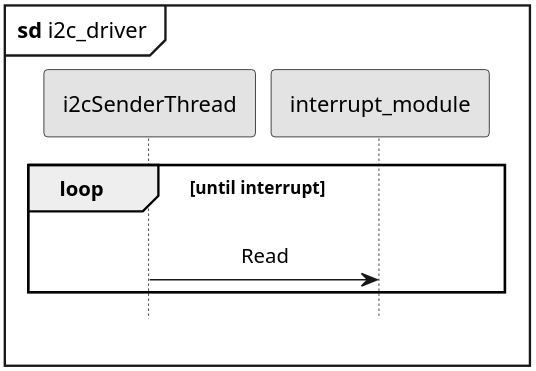
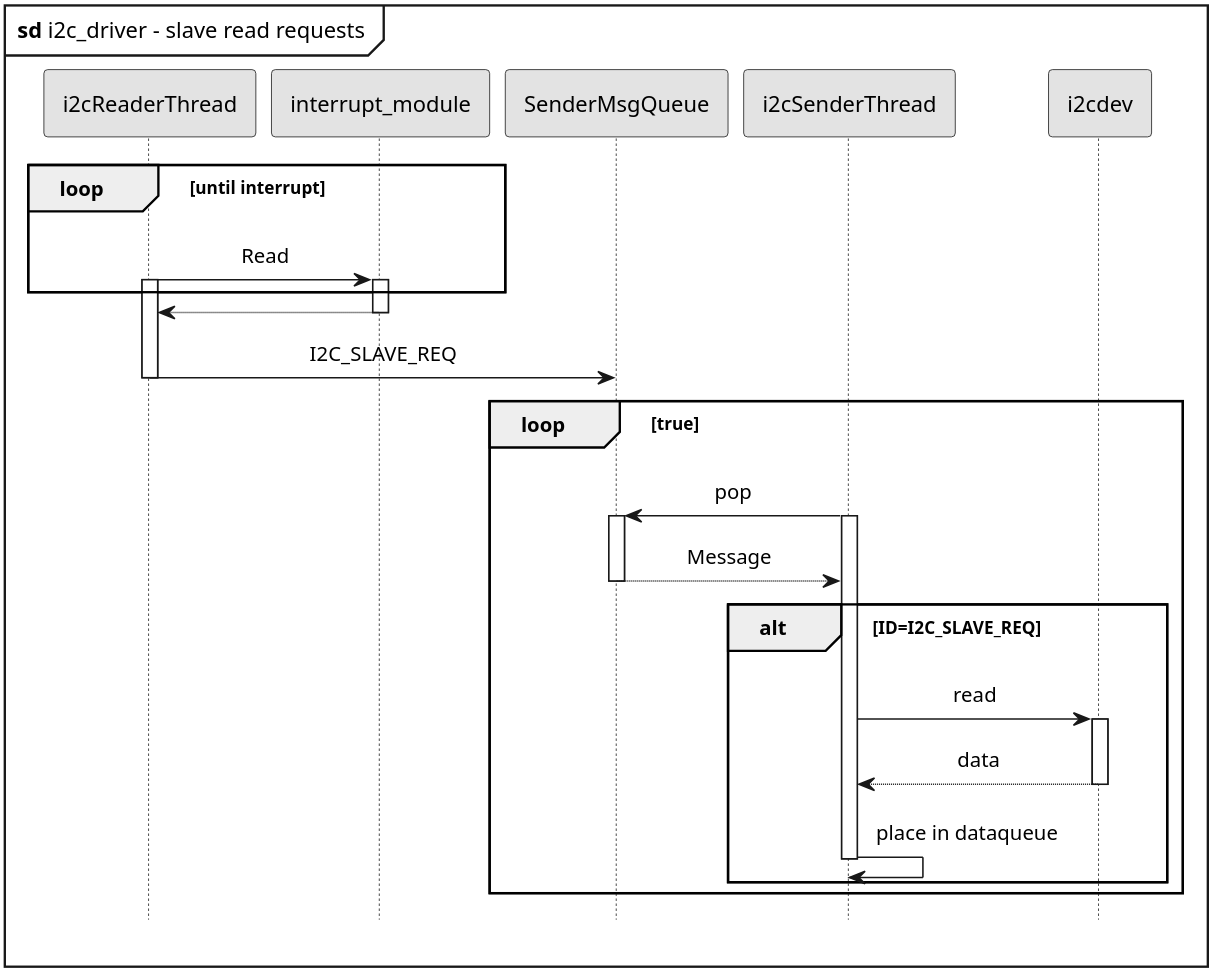
One commit to LasseKrarup/Laser-Tag-Project changed the diagram in PlantUML/src/i2c_sequence.plantuml. Above: the diagram before and after it, drawn with PlantUML.

Commit message:
Updated sequence diagram, i2cdriver

```diff
--- a/PlantUML/src/i2c_sequence.plantuml
+++ b/PlantUML/src/i2c_sequence.plantuml
@@ -1,29 +1,55 @@
 @startuml i2c_sequence
 
 hide footbox
 
 skinparam {
     monochrome true
     dpi 300
     padding 5
     sequenceMessageAlign center
     packageStyle frame
     shadowing false
     'backgroundColor transparent
     
 }
 
-mainframe **sd** i2c_driver
+mainframe **sd** i2c_driver - slave read requests
 
 ' participant RPiApp
 ' participant i2c_driver
 ' participant i2cSenderThread
 ' participant i2cReceiverThread
 ' participant interrupt_module
 
 loop until interrupt
-    i2cSenderThread -> interrupt_module : Read
+    i2cReaderThread -> interrupt_module : Read
+    activate i2cReaderThread
+    activate interrupt_module
 end
 
+interrupt_module --> i2cReaderThread
+deactivate interrupt_module
+
+i2cReaderThread -> SenderMsgQueue : I2C_SLAVE_REQ
+deactivate i2cReaderThread
+
+loop true
+    i2cSenderThread -> SenderMsgQueue : pop
+    activate i2cSenderThread
+    activate SenderMsgQueue
+    SenderMsgQueue --> i2cSenderThread : Message
+    deactivate SenderMsgQueue
+
+    alt ID=I2C_SLAVE_REQ
+        i2cSenderThread -> i2cdev : read
+        activate i2cdev
+        i2cdev --> i2cSenderThread : data
+        deactivate i2cdev
+
+        i2cSenderThread -> i2cSenderThread : place in dataqueue
+        deactivate i2cSenderThread
+    end
+
+end
 
 @enduml
```
